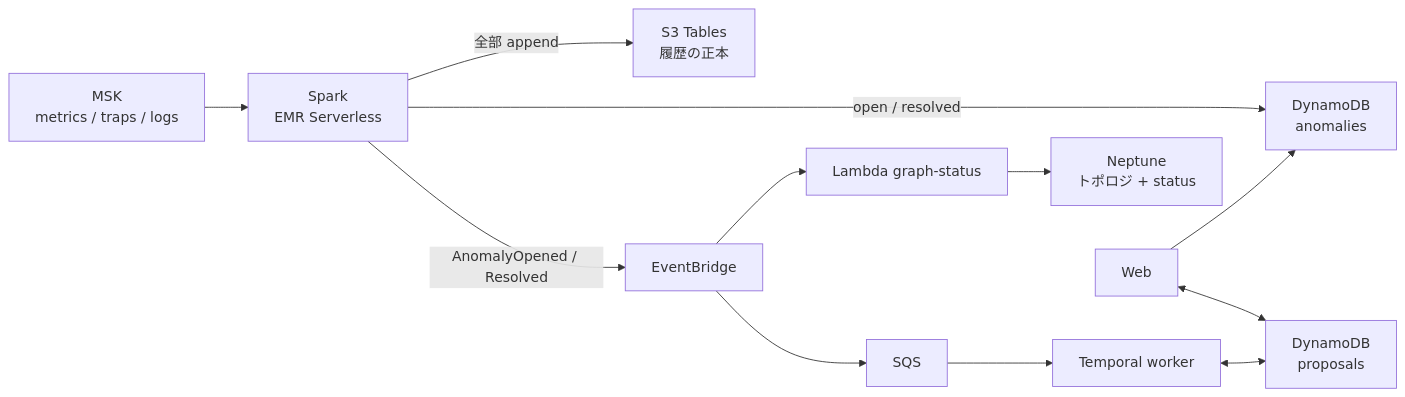
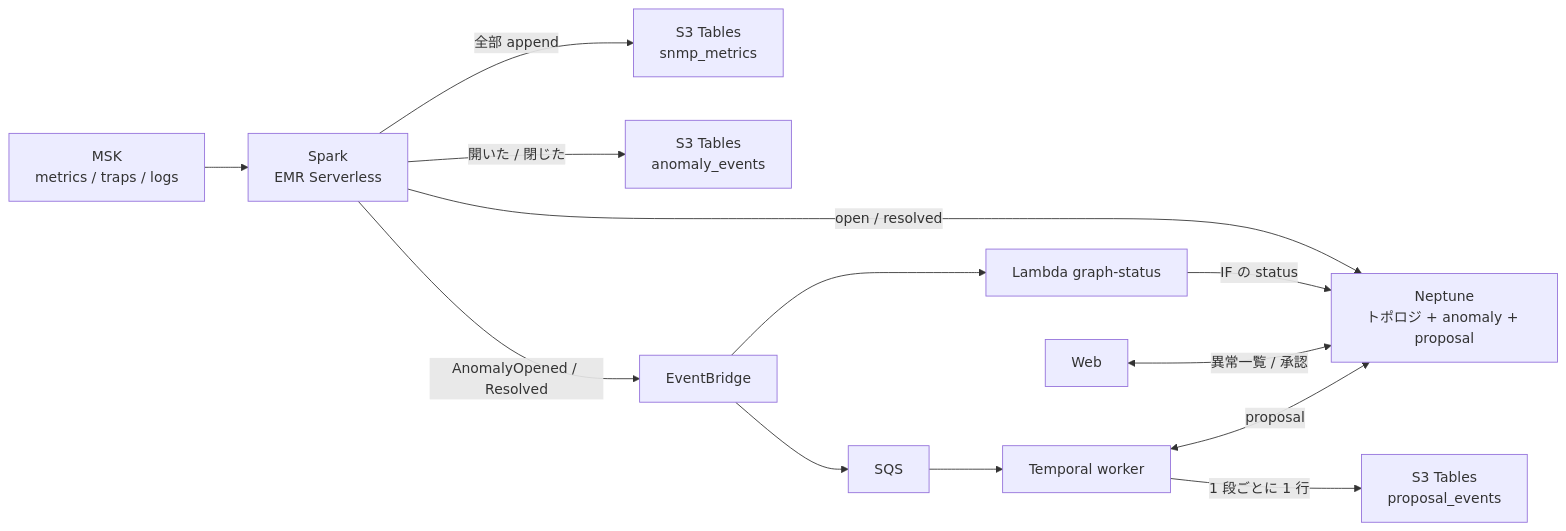
The diagram in docs/data-stores.md (eddie-eights/cf-netops-sandbox), drawn with Mermaid before and after one commit. The commit also changed other lines of this file and 48 other files, not shown here.

First line of the commit message:
DynamoDB をやめる: 異常と修復案の「いま」は Neptune、履歴と証跡は S3 Tables

````diff
--- a/docs/data-stores.md
+++ b/docs/data-stores.md
@@ -18,12 +20,13 @@
 ```mermaid
 flowchart LR
   MSK["MSK<br/>metrics / traps / logs"] --> SPARK["Spark<br/>EMR Serverless"]
-  SPARK -->|"全部 append"| ICE["S3 Tables<br/>履歴の正本"]
-  SPARK -->|"open / resolved"| DDB1["DynamoDB<br/>anomalies"]
+  SPARK -->|"全部 append"| ICE["S3 Tables<br/>snmp_metrics"]
+  SPARK -->|"開いた / 閉じた"| AEV["S3 Tables<br/>anomaly_events"]
+  SPARK -->|"open / resolved"| NEP["Neptune<br/>トポロジ + anomaly + proposal"]
   SPARK -->|"AnomalyOpened / Resolved"| EB["EventBridge"]
-  EB --> GL["Lambda graph-status"] --> NEP["Neptune<br/>トポロジ + status"]
+  EB --> GL["Lambda graph-status"] -->|"IF の status"| NEP
   EB --> SQS["SQS"] --> WK["Temporal worker"]
-  WK <--> DDB2["DynamoDB<br/>proposals"]
-  WEB["Web"] --> DDB1
-  WEB <--> DDB2
+  WK <-->|"proposal"| NEP
+  WK -->|"1 段ごとに 1 行"| PEV["S3 Tables<br/>proposal_events"]
+  WEB["Web"] <-->|"異常一覧 / 承認"| NEP
 ```
````
